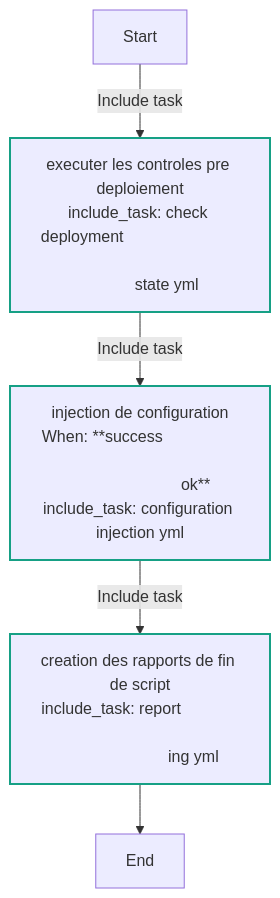
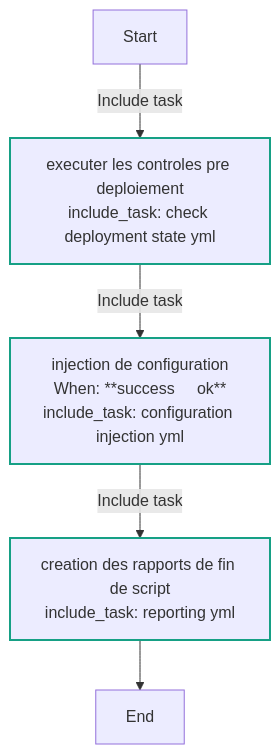
Before and after one commit to Enabo/Perso_tests: the third of 3 diagrams in README.md, drawn with Mermaid. The commit also changed other lines of this file, not shown here.

````diff
--- a/README.md
+++ b/README.md
@@ -220,17 +64,17 @@
 ```mermaid
 flowchart TD
 Start
 classDef block stroke:#3498db,stroke-width:2px;
 classDef task stroke:#4b76bb,stroke-width:2px;
 classDef includeTasks stroke:#16a085,stroke-width:2px;
 classDef importTasks stroke:#34495e,stroke-width:2px;
 classDef includeRole stroke:#2980b9,stroke-width:2px;
 classDef importRole stroke:#699ba7,stroke-width:2px;
 classDef includeVars stroke:#8e44ad,stroke-width:2px;
 classDef rescue stroke:#665352,stroke-width:2px;
 
-  Start-->|Include task| check_deployment_state_yml0[executer les controles pre deploiement<br>include_task: check deployment                                                                                  state yml]:::includeTasks
-  check_deployment_state_yml0-->|Include task| configuration_injection_yml1[injection de configuration<br>When: **success                                                                                      ok**<br>include_task: configuration injection yml]:::includeTasks
-  configuration_injection_yml1-->|Include task| reporting_yml2[creation des rapports de fin de script<br>include_task: report                                                                                 ing yml]:::includeTasks
+  Start-->|Include task| check_deployment_state_yml0[executer les controles pre deploiement<br>include_task: check deployment state yml]:::includeTasks
+  check_deployment_state_yml0-->|Include task| configuration_injection_yml1[injection de configuration<br>When: **success     ok**<br>include_task: configuration injection yml]:::includeTasks
+  configuration_injection_yml1-->|Include task| reporting_yml2[creation des rapports de fin de script<br>include_task: reporting yml]:::includeTasks
   reporting_yml2-->End
 ```
````
